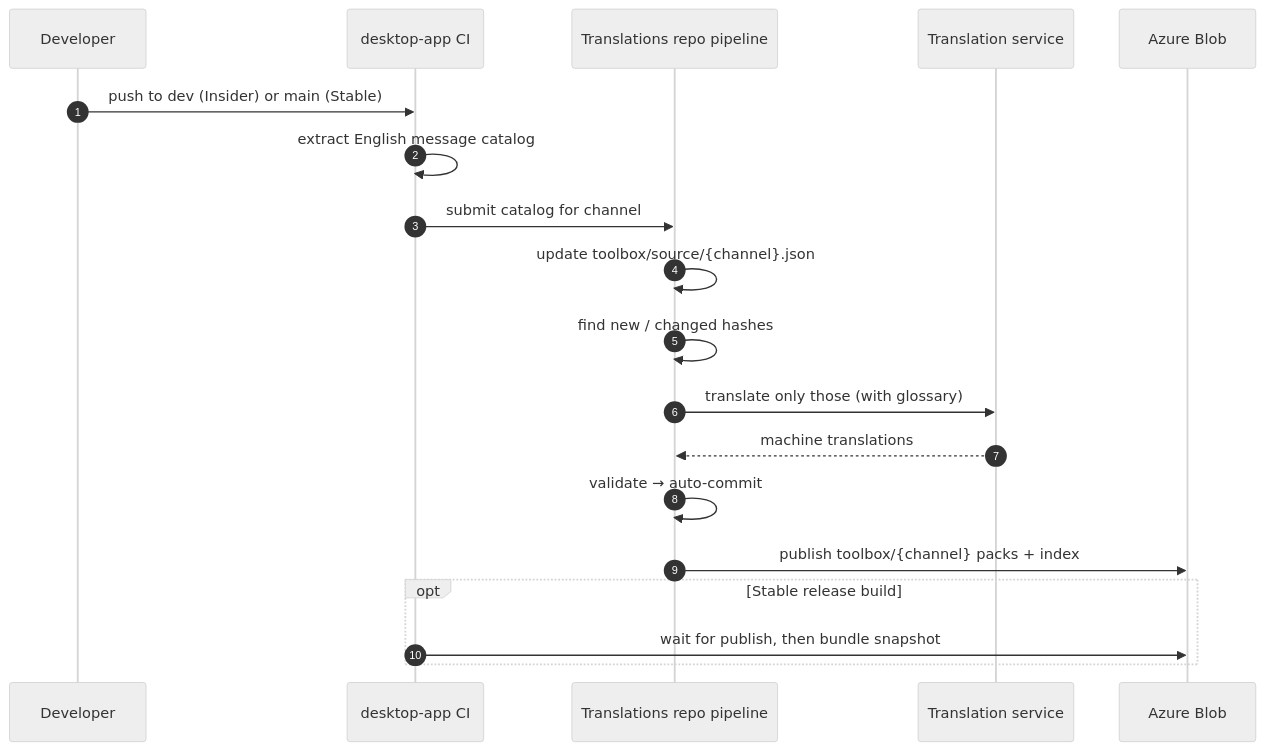
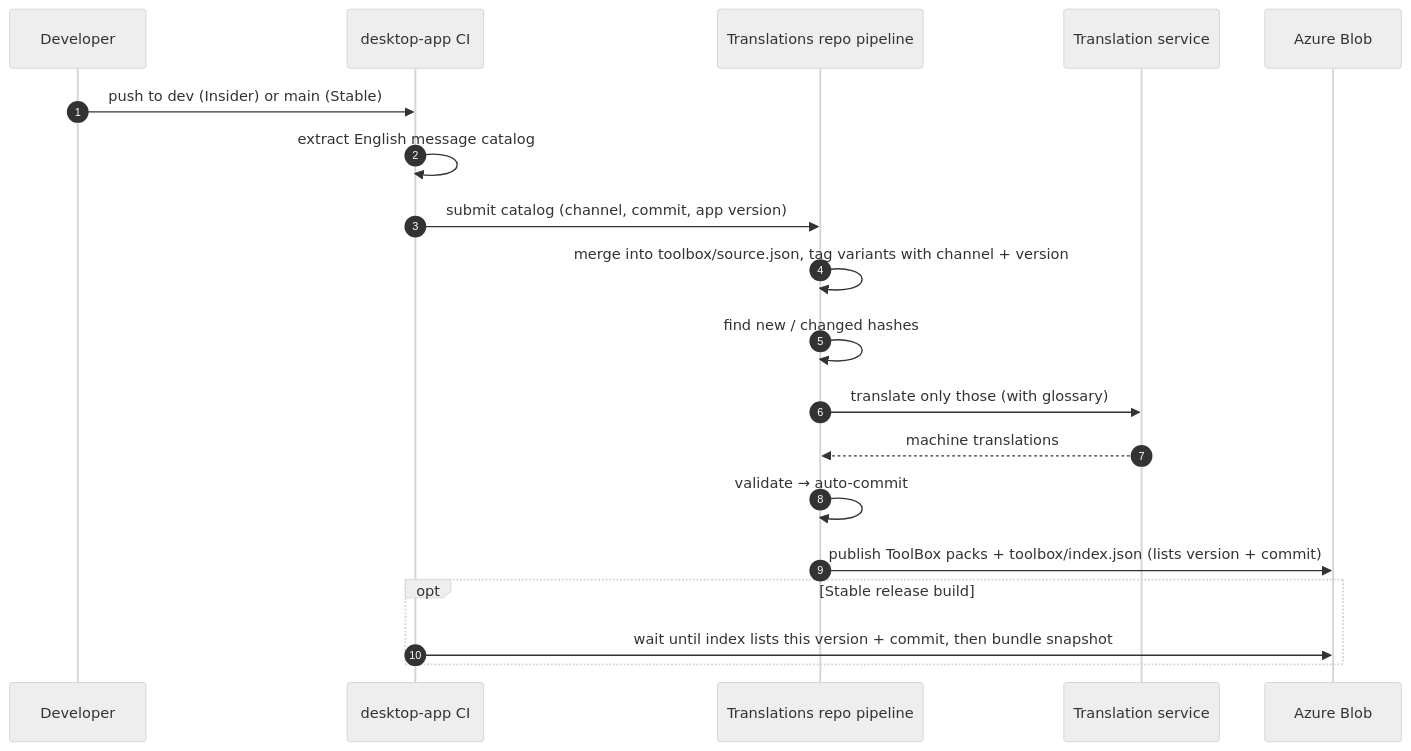
Before and after one commit to PowerPlatformToolBox/desktop-app: the eighth of 9 diagrams in docs/LOCALIZATION_ARCHITECTURE.md, drawn with Mermaid (neutral theme). The commit also changed other lines of this file and 1 other file, not shown here.

Commit message:
Refine localization implementation prompts: clarify shared translation sets, update data layout, enhance translation sync service, and improve tool pack manager logic

````diff
--- a/docs/LOCALIZATION_ARCHITECTURE.md
+++ b/docs/LOCALIZATION_ARCHITECTURE.md
@@ -623,22 +670,22 @@
 ```mermaid
 sequenceDiagram
     autonumber
     participant DEVS as Developer
     participant DA as desktop-app CI
     participant TR as Translations repo pipeline
     participant TSVC as Translation service
     participant BLOB as Azure Blob
 
     DEVS->>DA: push to dev (Insider) or main (Stable)
     DA->>DA: extract English message catalog
-    DA->>TR: submit catalog for channel
-    TR->>TR: update toolbox/source/{channel}.json
+    DA->>TR: submit catalog (channel, commit, app version)
+    TR->>TR: merge into toolbox/source.json, tag variants with channel + version
     TR->>TR: find new / changed hashes
     TR->>TSVC: translate only those (with glossary)
     TSVC-->>TR: machine translations
     TR->>TR: validate → auto-commit
-    TR->>BLOB: publish toolbox/{channel} packs + index
+    TR->>BLOB: publish ToolBox packs + toolbox/index.json (lists version + commit)
     opt Stable release build
-        DA->>BLOB: wait for publish, then bundle snapshot
+        DA->>BLOB: wait until index lists this version + commit, then bundle snapshot
     end
 ```
````
